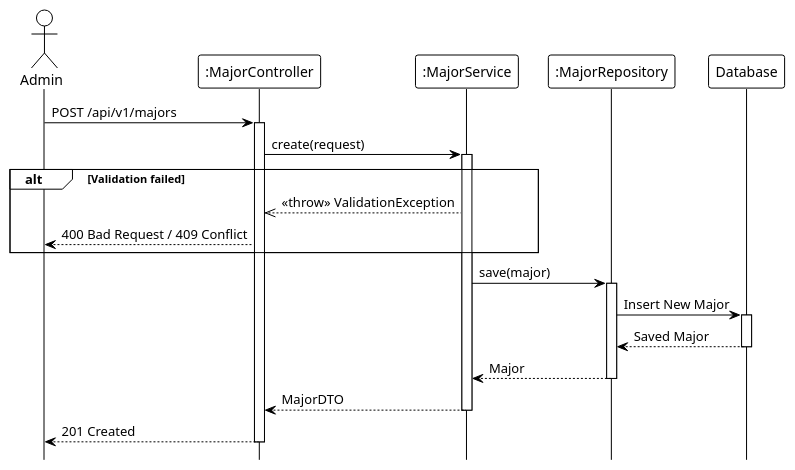
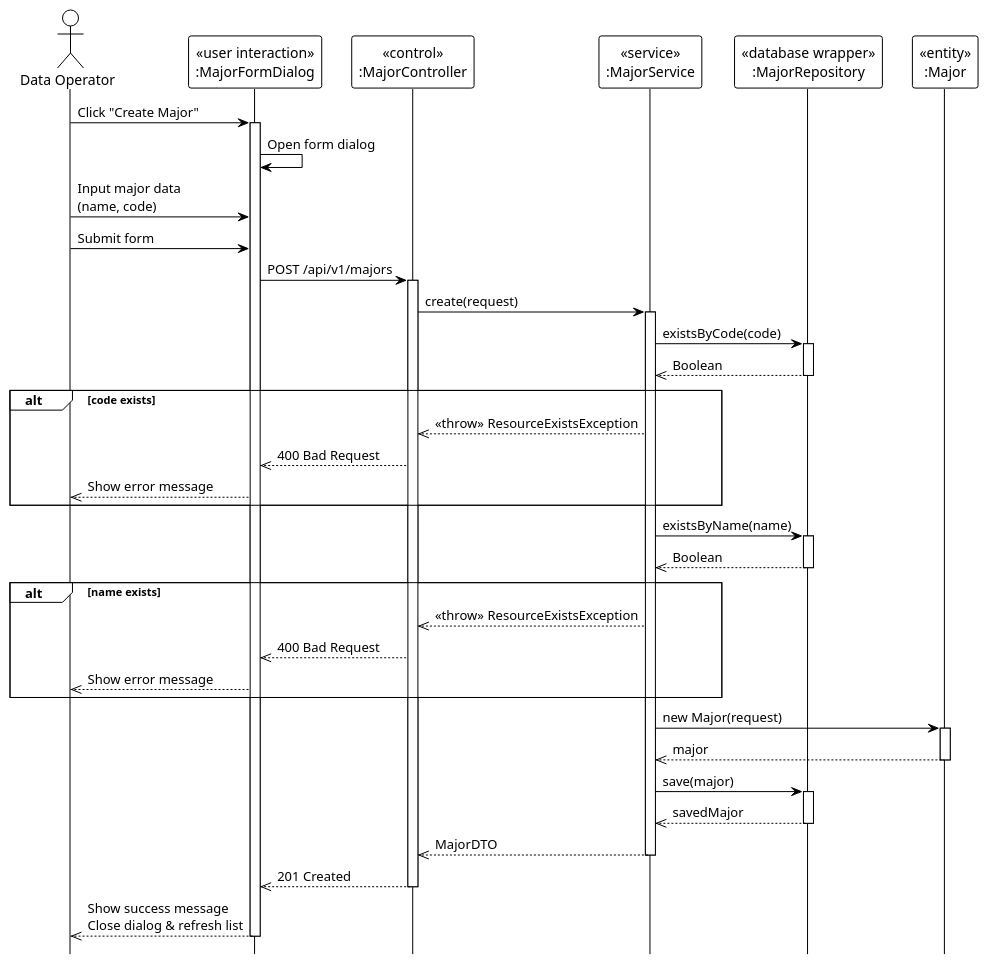
Before and after one commit to Ndh474/context: the diagram in system_detailed_design/11_create_major/sequence_diagram_create_major.puml, drawn with PlantUML. The commit also changed 6 other files, not shown here.

Commit message:
docs(system_detailed_design): add UML stereotypes to major sequence diagrams

```diff
--- a/system_detailed_design/11_create_major/sequence_diagram_create_major.puml
+++ b/system_detailed_design/11_create_major/sequence_diagram_create_major.puml
@@ -1,42 +1,72 @@
 @startuml create_major
 !theme plain
 hide footbox
 
-actor Admin
-participant ":MajorController" as Controller
-participant ":MajorService" as Service
-participant ":MajorRepository" as Repository
-participant "Database" as DB
+actor "Data Operator" as DataOperator
 
-' --- MAIN FLOW ---
-Admin -> Controller: POST /api/v1/majors
+participant "«user interaction»\n:MajorFormDialog" as UI
+participant "«control»\n:MajorController" as Controller
+participant "«service»\n:MajorService" as Service
+participant "«database wrapper»\n:MajorRepository" as Repository
+participant "«entity»\n:Major" as Entity
+
+' === MAIN FLOW ===
+DataOperator -> UI: Click "Create Major"
+activate UI
+
+UI -> UI: Open form dialog
+
+DataOperator -> UI: Input major data\n(name, code)
+
+DataOperator -> UI: Submit form
+UI -> Controller: POST /api/v1/majors
 activate Controller
 
 Controller -> Service: create(request)
 activate Service
 
-' Validation logic (internal: code/name uniqueness)
+' === VALIDATION ===
+Service -> Repository: existsByCode(code)
+activate Repository
+Repository -->> Service: Boolean
+deactivate Repository
 
-alt Validation failed
-    Service -->> Controller: <<throw>> ValidationException
-    Controller --> Admin: 400 Bad Request / 409 Conflict
+alt code exists
+    Service -->> Controller: <<throw>> ResourceExistsException
+    Controller -->> UI: 400 Bad Request
+    UI -->> DataOperator: Show error message
 end
 
+Service -> Repository: existsByName(name)
+activate Repository
+Repository -->> Service: Boolean
+deactivate Repository
+
+alt name exists
+    Service -->> Controller: <<throw>> ResourceExistsException
+    Controller -->> UI: 400 Bad Request
+    UI -->> DataOperator: Show error message
+end
+
+' === CREATE ENTITY ===
+Service -> Entity: new Major(request)
+activate Entity
+Entity -->> Service: major
+deactivate Entity
+
+' === SAVE ===
 Service -> Repository: save(major)
 activate Repository
-
-Repository -> DB: Insert New Major
-activate DB
-DB --> Repository: Saved Major
-deactivate DB
-
-Repository --> Service: Major
+Repository -->> Service: savedMajor
 deactivate Repository
 
-Service --> Controller: MajorDTO
+Service -->> Controller: MajorDTO
 deactivate Service
 
-Controller --> Admin: 201 Created
+Controller -->> UI: 201 Created
 deactivate Controller
 
+UI -->> DataOperator: Show success message\nClose dialog & refresh list
+deactivate UI
+
 @enduml
```
